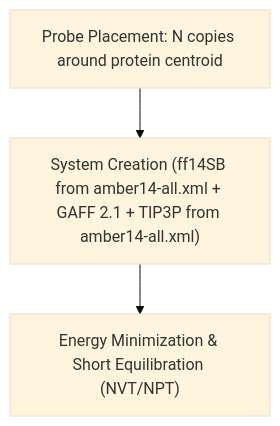
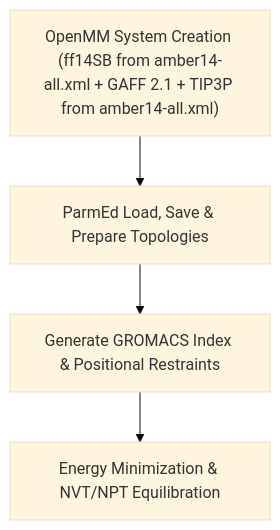
One commit to marcuswangweihow/FBDD changed the second of 4 diagrams in Frag_to_lead_4MZI/README.md. Above: the diagram before and after it, drawn with Mermaid (base theme). The commit also changed other lines of this file, not shown here.

````diff
--- a/Frag_to_lead_4MZI/README.md
+++ b/Frag_to_lead_4MZI/README.md
@@ -158,5 +160,6 @@
 ```mermaid
 flowchart TD
-    E["Probe Placement: N copies around protein centroid"] --> F["System Creation (ff14SB from amber14-all.xml + GAFF 2.1 + TIP3P from amber14-all.xml)"] 
-    F --> G["Energy Minimization & Short Equilibration (NVT/NPT)"]
+    E["OpenMM System Creation (ff14SB from amber14-all.xml + GAFF 2.1 + TIP3P from amber14-all.xml)"] --> F["ParmEd Load, Save & Prepare Topologies"]
+    F --> G["Generate GROMACS Index & Positional Restraints"]
+    G --> H["Energy Minimization & NVT/NPT Equilibration"]
 ```
````
